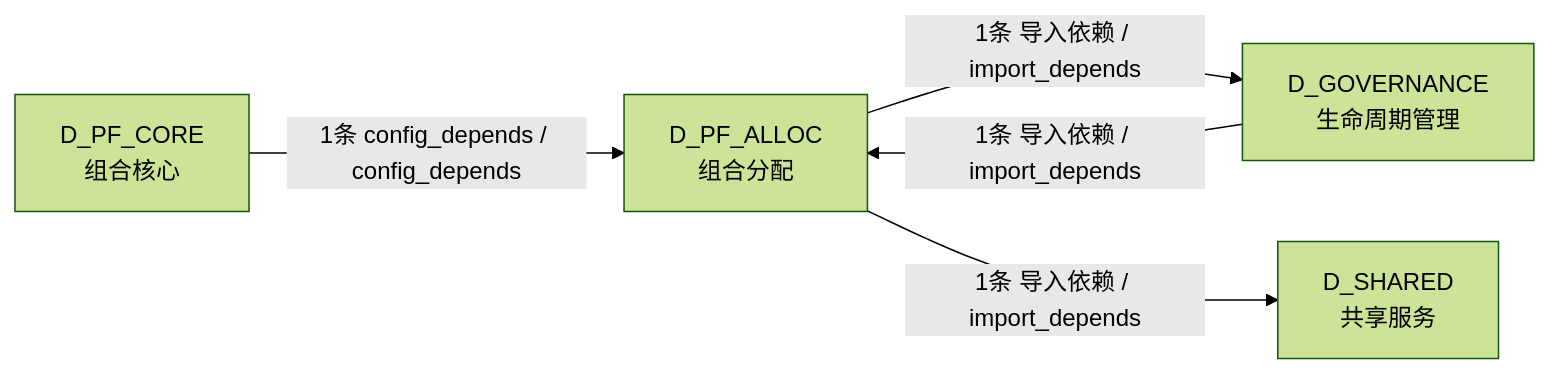
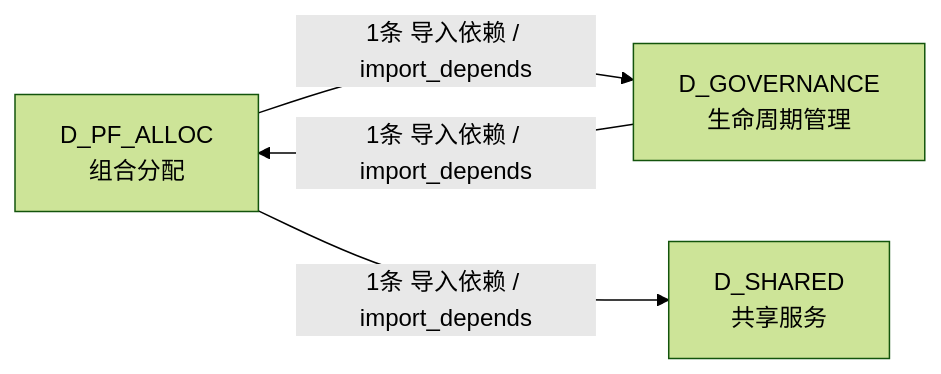
The fifth of 5 diagrams in docs/02_enterprise_architecture/02_domain_architecture_docs/49_d_pf_alloc.md (xuanFelixVan/ZephyrAlpha), drawn with Mermaid (forest theme) before and after one commit. The commit also changed other lines of this file and 112 other files, not shown here.

````diff
--- a/docs/02_enterprise_architecture/02_domain_architecture_docs/49_d_pf_alloc.md
+++ b/docs/02_enterprise_architecture/02_domain_architecture_docs/49_d_pf_alloc.md
@@ -183,11 +178,9 @@
 ```mermaid
 graph LR
     D_PF_ALLOC["D_PF_ALLOC<br/>组合分配"]
     D_GOVERNANCE["D_GOVERNANCE<br/>生命周期管理"]
     D_SHARED["D_SHARED<br/>共享服务"]
-    D_PF_CORE["D_PF_CORE<br/>组合核心"]
     D_PF_ALLOC -->|1条 导入依赖 / import_depends| D_GOVERNANCE
     D_PF_ALLOC -->|1条 导入依赖 / import_depends| D_SHARED
     D_GOVERNANCE -->|1条 导入依赖 / import_depends| D_PF_ALLOC
-    D_PF_CORE -->|1条 config_depends / config_depends| D_PF_ALLOC
 ```
````
